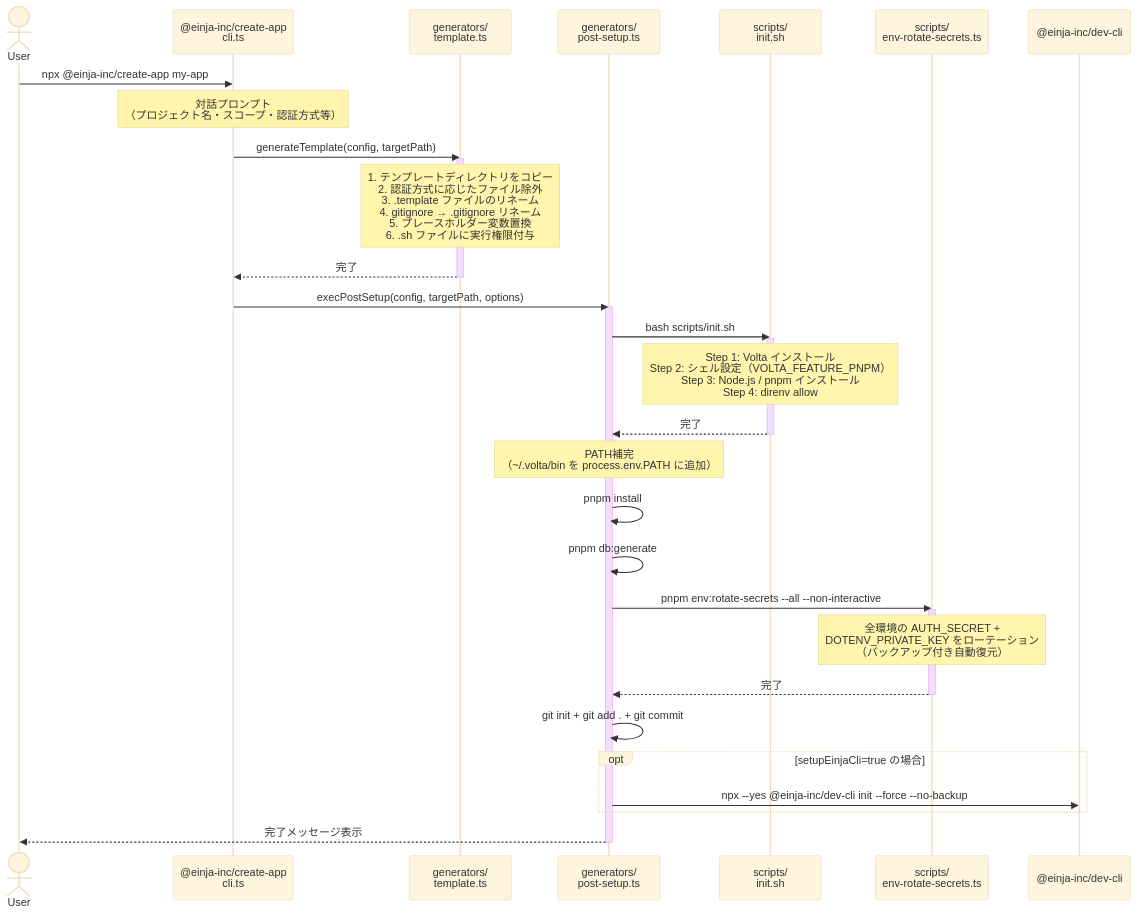
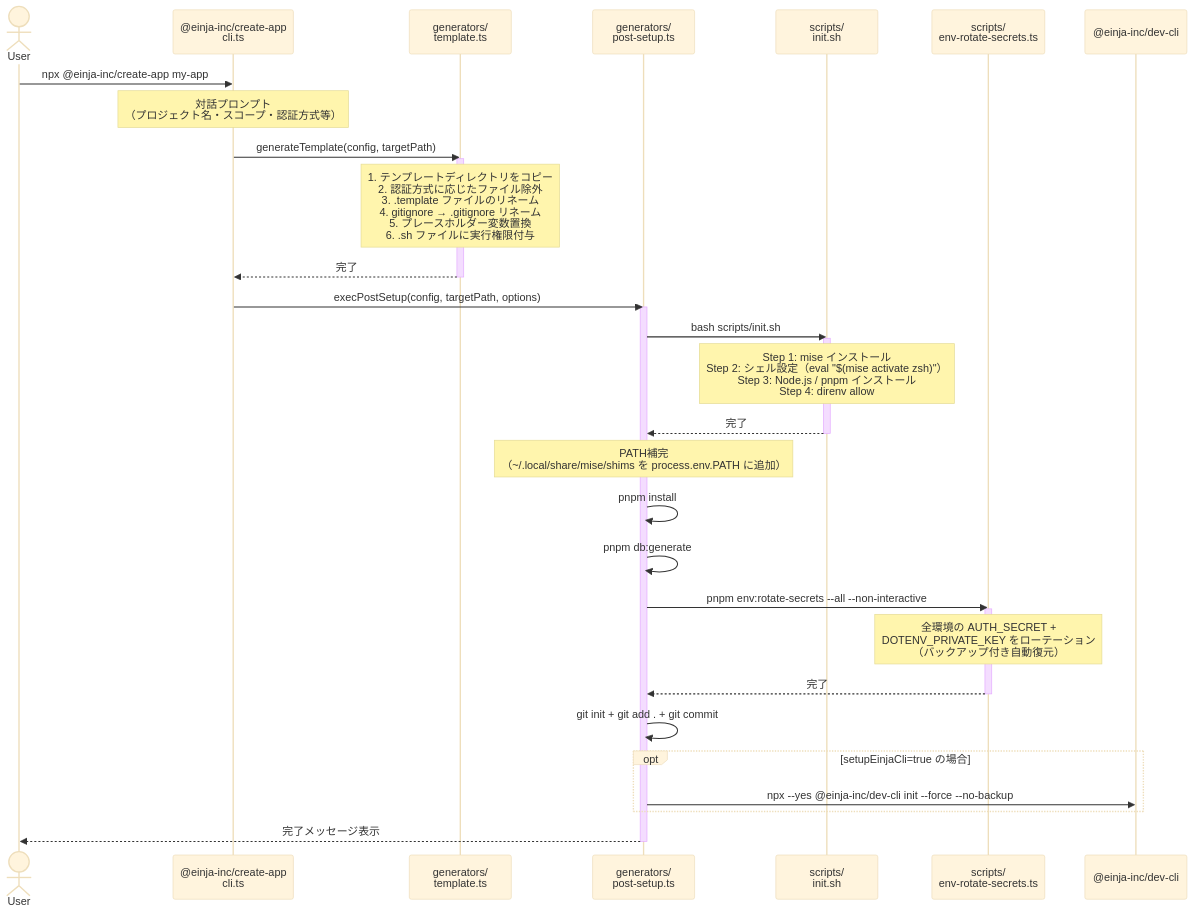
One commit to einja-inc/einja-management-template changed the first of 3 diagrams in docs/einja/instructions/setup-flow.md. Above: the diagram before and after it, drawn with Mermaid (base theme). The commit also changed other lines of this file and 7 other files, not shown here.

````diff
--- a/docs/einja/instructions/setup-flow.md
+++ b/docs/einja/instructions/setup-flow.md
@@ -21,48 +21,48 @@
 ```mermaid
 sequenceDiagram
     actor User
     participant CLI as @einja-inc/create-app<br/>cli.ts
     participant Tmpl as generators/<br/>template.ts
     participant Post as generators/<br/>post-setup.ts
     participant Init as scripts/<br/>init.sh
     participant Rotate as scripts/<br/>env-rotate-secrets.ts
     participant DevCLI as @einja-inc/dev-cli
 
     User->>CLI: npx @einja-inc/create-app my-app
     Note over CLI: 対話プロンプト<br/>（プロジェクト名・スコープ・認証方式等）
 
     CLI->>Tmpl: generateTemplate(config, targetPath)
     activate Tmpl
     Note over Tmpl: 1. テンプレートディレクトリをコピー<br/>2. 認証方式に応じたファイル除外<br/>3. .template ファイルのリネーム<br/>4. gitignore → .gitignore リネーム<br/>5. プレースホルダー変数置換<br/>6. .sh ファイルに実行権限付与
     Tmpl-->>CLI: 完了
     deactivate Tmpl
 
     CLI->>Post: execPostSetup(config, targetPath, options)
     activate Post
 
     Post->>Init: bash scripts/init.sh
     activate Init
-    Note over Init: Step 1: Volta インストール<br/>Step 2: シェル設定（VOLTA_FEATURE_PNPM）<br/>Step 3: Node.js / pnpm インストール<br/>Step 4: direnv allow
+    Note over Init: Step 1: mise インストール<br/>Step 2: シェル設定（eval "$(mise activate zsh)"）<br/>Step 3: Node.js / pnpm インストール<br/>Step 4: direnv allow
     Init-->>Post: 完了
     deactivate Init
 
-    Note over Post: PATH補完<br/>（~/.volta/bin を process.env.PATH に追加）
+    Note over Post: PATH補完<br/>（~/.local/share/mise/shims を process.env.PATH に追加）
 
     Post->>Post: pnpm install
     Post->>Post: pnpm db:generate
 
     Post->>Rotate: pnpm env:rotate-secrets --all --non-interactive
     activate Rotate
     Note over Rotate: 全環境の AUTH_SECRET +<br/>DOTENV_PRIVATE_KEY をローテーション<br/>（バックアップ付き自動復元）
     Rotate-->>Post: 完了
     deactivate Rotate
 
     Post->>Post: git init + git add . + git commit
 
     opt setupEinjaCli=true の場合
         Post->>DevCLI: npx --yes @einja-inc/dev-cli init --force --no-backup
     end
 
     Post-->>User: 完了メッセージ表示
     deactivate Post
 ```
````
